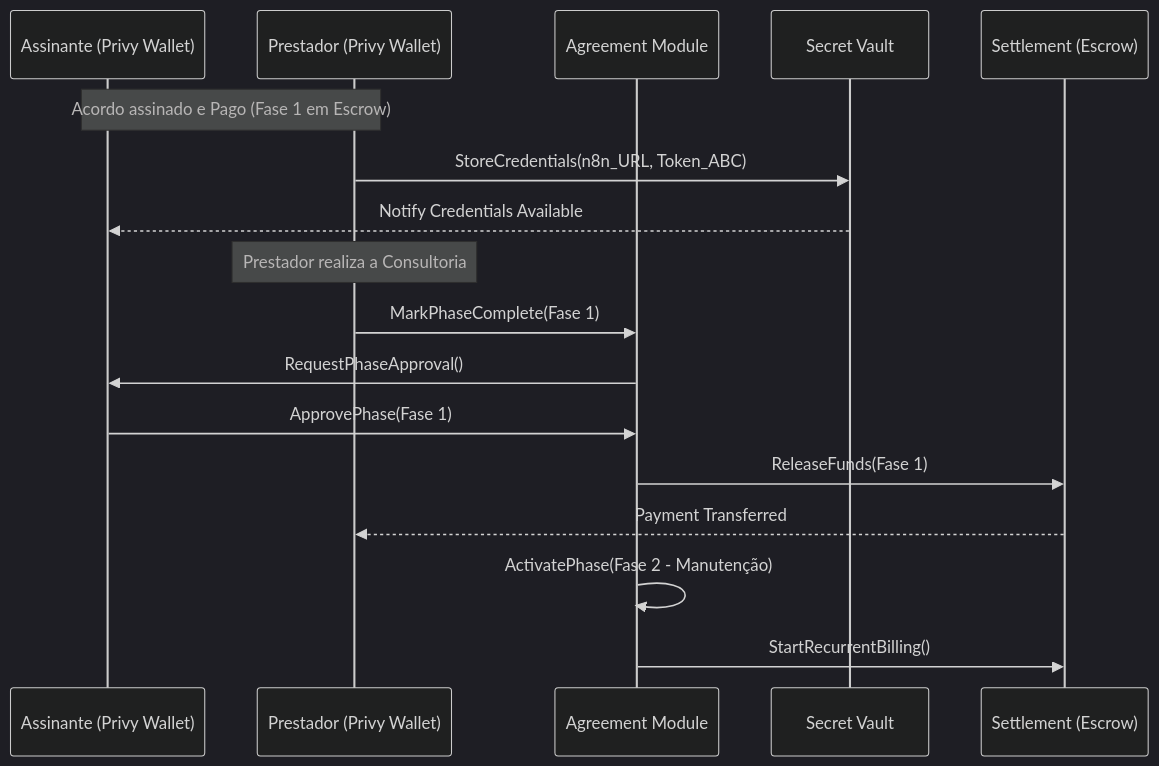
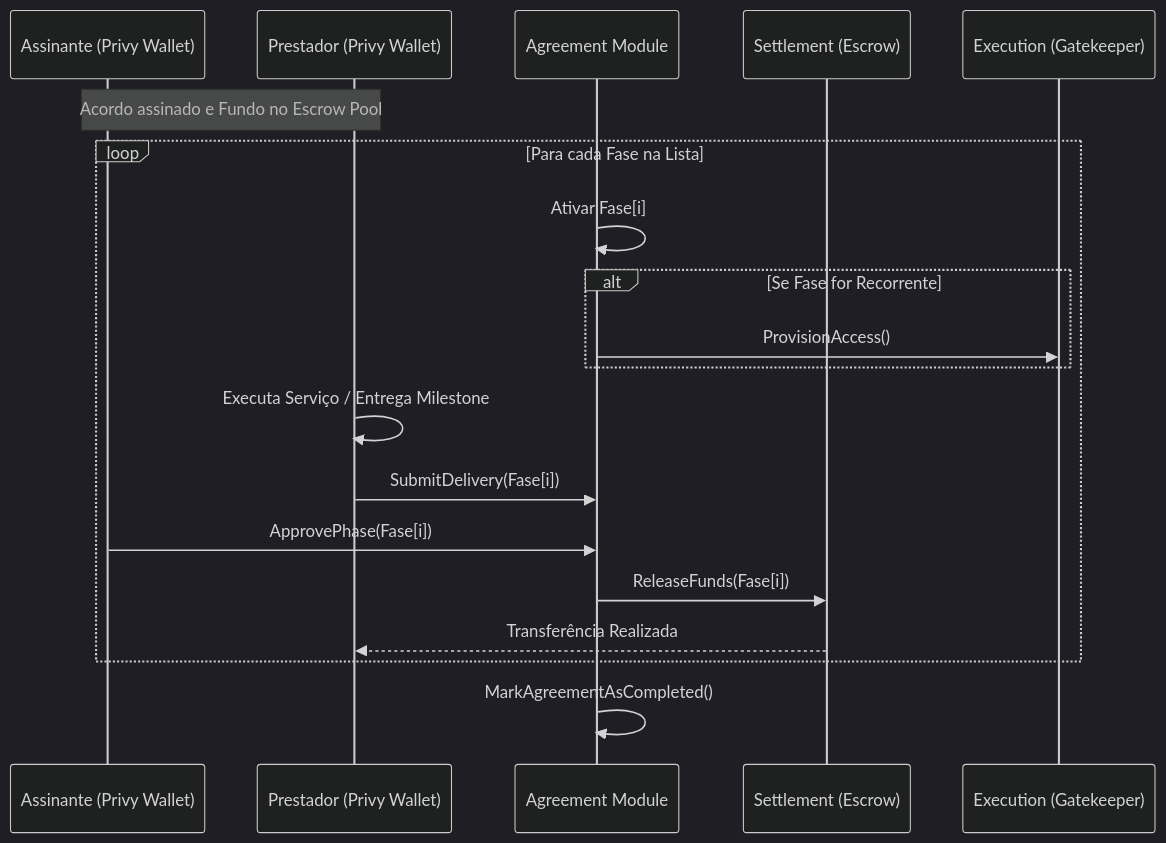
Before and after one commit to govinda777/HireTrust: the second of 2 diagrams in docs/global-architecture.md, drawn with Mermaid (dark theme). The commit also changed other lines of this file and 1 other file, not shown here.

First line of the commit message:
feat: implement dynamic multi-phase workflow architecture

````diff
--- a/docs/global-architecture.md
+++ b/docs/global-architecture.md
@@ -65,25 +63,24 @@
 ```mermaid
 sequenceDiagram
     participant U as Assinante (Privy Wallet)
     participant P as Prestador (Privy Wallet)
     participant A as Agreement Module
-    participant V as Secret Vault
     participant S as Settlement (Escrow)
+    participant E as Execution (Gatekeeper)
 
-    Note over U, P: Acordo assinado e Pago (Fase 1 em Escrow)
+    Note over U, P: Acordo assinado e Fundo no Escrow Pool
 
-    P->>V: StoreCredentials(n8n_URL, Token_ABC)
-    V-->>U: Notify Credentials Available
+    loop Para cada Fase na Lista
+        A->>A: Ativar Fase[i]
+        alt Se Fase for Recorrente
+            A->>E: ProvisionAccess()
+        end
+        P->>P: Executa Serviço / Entrega Milestone
+        P->>A: SubmitDelivery(Fase[i])
+        U->>A: ApprovePhase(Fase[i])
+        A->>S: ReleaseFunds(Fase[i])
+        S-->>P: Transferência Realizada
+    end
 
-    Note over P: Prestador realiza a Consultoria
-
-    P->>A: MarkPhaseComplete(Fase 1)
-    A->>U: RequestPhaseApproval()
-
-    U->>A: ApprovePhase(Fase 1)
-    A->>S: ReleaseFunds(Fase 1)
-    S-->>P: Payment Transferred
-
-    A->>A: ActivatePhase(Fase 2 - Manutenção)
-    A->>S: StartRecurrentBilling()
+    A->>A: MarkAgreementAsCompleted()
 ```
````
